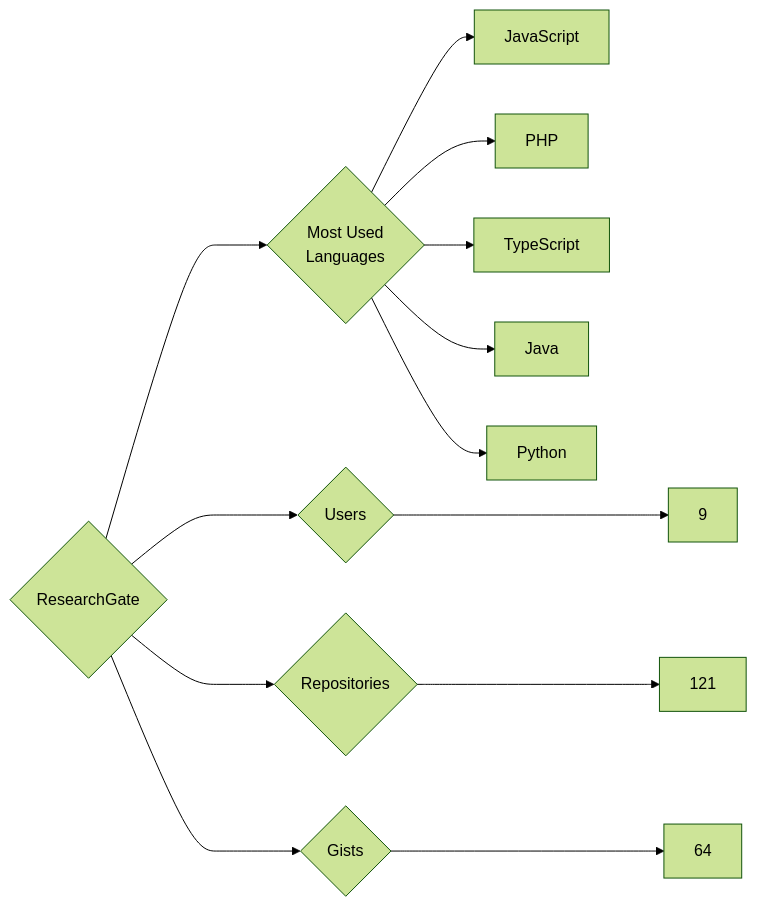
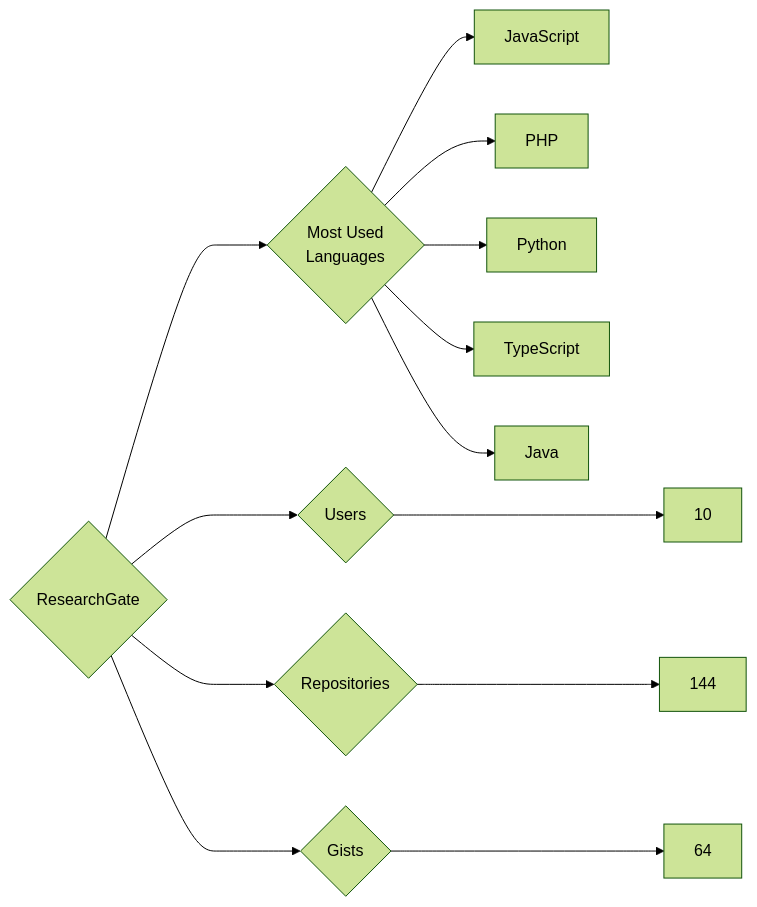
Before and after one commit to trickest/insiders: the diagram in targets/ResearchGate/README.md, drawn with Mermaid (forest theme). The commit also changed 1389 other files, not shown here.

````diff
--- a/targets/ResearchGate/README.md
+++ b/targets/ResearchGate/README.md
@@ -3,13 +3,13 @@
 ```mermaid
 graph LR
 COMPANY_NAME{ResearchGate}
-COMPANY_NAME ---> U{Users} ---> UN[9]
-COMPANY_NAME ---> R{Repositories} ---> RN[121]
+COMPANY_NAME ---> U{Users} ---> UN[10]
+COMPANY_NAME ---> R{Repositories} ---> RN[144]
 COMPANY_NAME ---> G{Gists} ---> GN[64]
 COMPANY_NAME ---> ML{Most Used<br>Languages}
 ML --> JavaScript[JavaScript]
 ML --> PHP[PHP]
+ML --> Python[Python]
 ML --> TypeScript[TypeScript]
 ML --> Java[Java]
-ML --> Python[Python]
 ```
````
